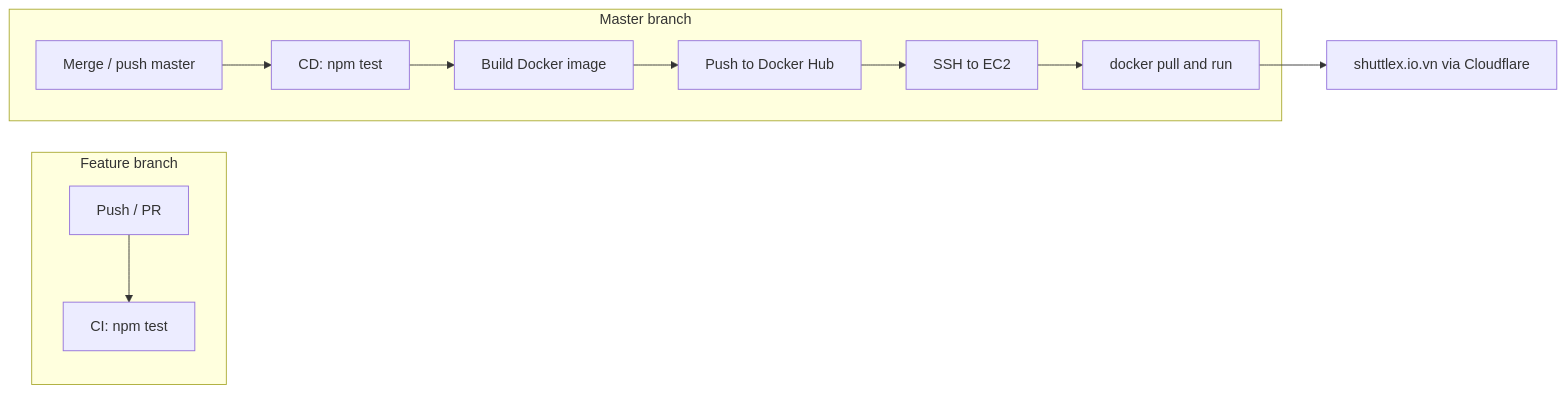
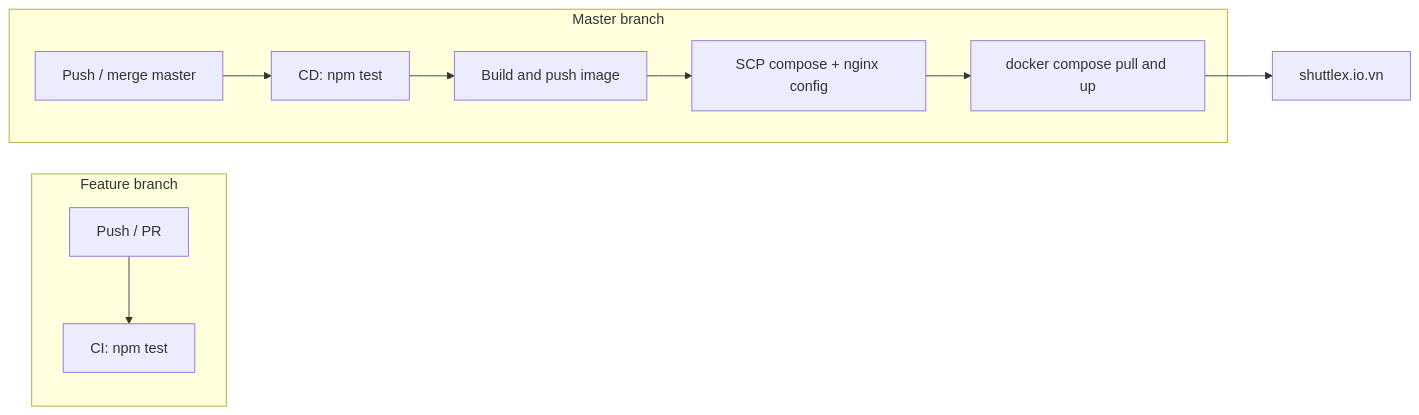
One commit to linhhoai1603/goldenowl-devops-internship-challenge changed the second of 2 diagrams in README.md. Above: the diagram before and after it, drawn with Mermaid. The commit also changed other lines of this file, not shown here.

````diff
--- a/README.md
+++ b/README.md
@@ -29,16 +60,13 @@
 ```mermaid
 flowchart LR
-  subgraph feature_branch [Feature branch]
-    A[Push / PR] --> B[CI: npm test]
+  subgraph feature [Feature branch]
+    F1[Push / PR] --> F2[CI: npm test]
   end
-
-  subgraph master_branch [Master branch]
-    C[Merge / push master] --> D[CD: npm test]
-    D --> E[Build Docker image]
-    E --> F[Push to Docker Hub]
-    F --> G[SSH to EC2]
-    G --> H[docker pull and run]
+  subgraph master [Master branch]
+    M1[Push / merge master] --> M2[CD: npm test]
+    M2 --> M3[Build and push image]
+    M3 --> M4[SCP compose + nginx config]
+    M4 --> M5[docker compose pull and up]
   end
-
-  H --> I[shuttlex.io.vn via Cloudflare]
+  M5 --> LIVE[shuttlex.io.vn]
 ```
````
